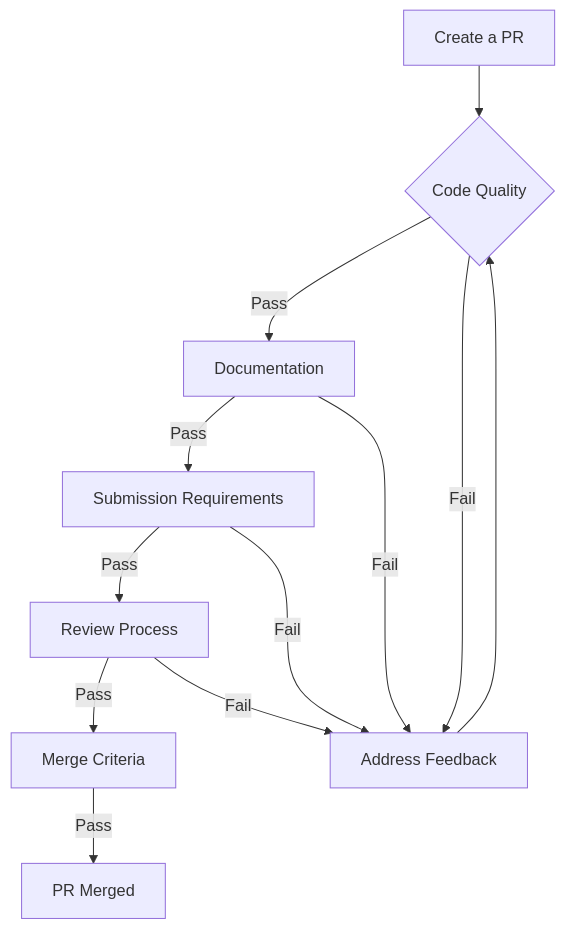
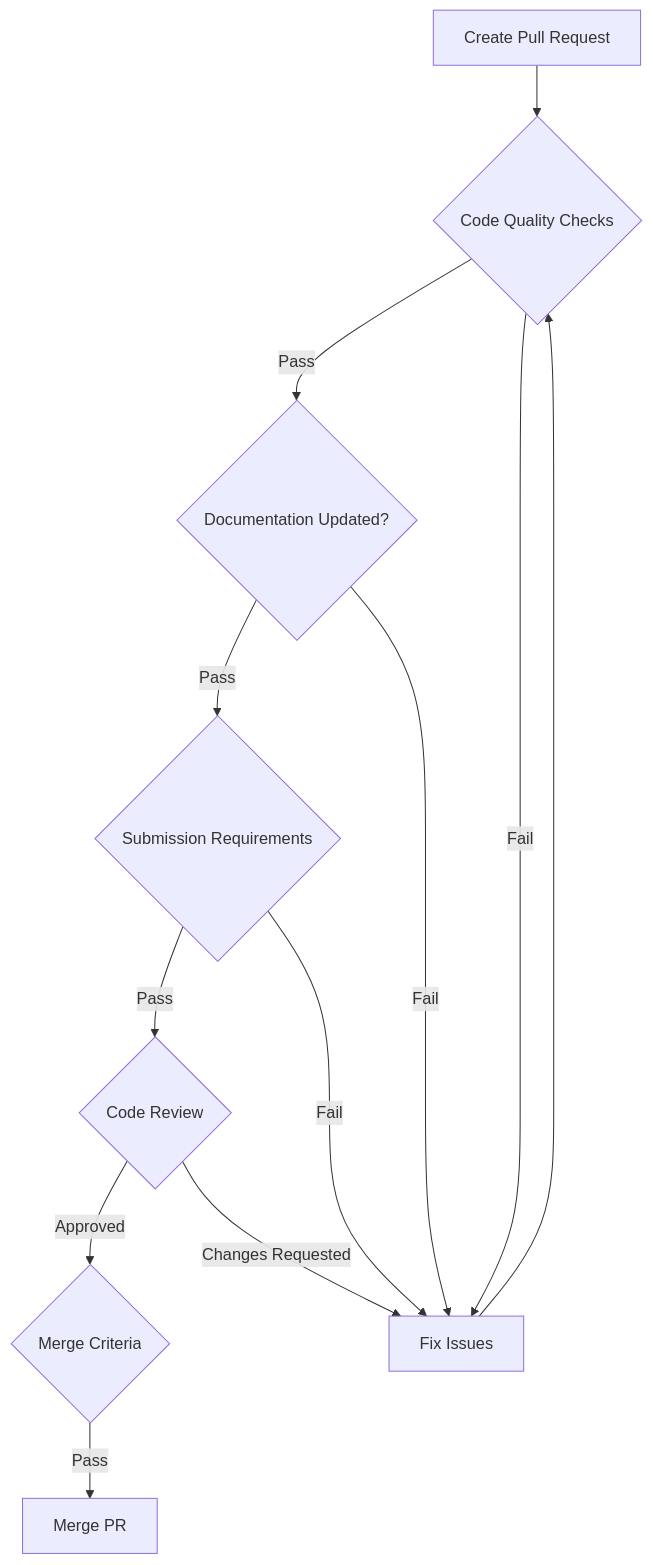
Before and after one commit to foxminchan/BookWorm: the second of 2 diagrams in .github/CONTRIBUTING.md, drawn with Mermaid. The commit also changed other lines of this file and 294 other files, not shown here.

````diff
--- a/.github/CONTRIBUTING.md
+++ b/.github/CONTRIBUTING.md
@@ -181,14 +321,15 @@
 ```mermaid
-graph TD
-		A[Create a PR] --> B{Code Quality}
-		B -->|Pass| C[Documentation]
-		C -->|Pass| D[Submission Requirements]
-		D -->|Pass| E[Review Process]
-		E -->|Pass| F[Merge Criteria]
-		F -->|Pass| G[PR Merged]
-		B -->|Fail| H[Address Feedback]
-		C -->|Fail| H
-		D -->|Fail| H
-		E -->|Fail| H
-		H --> B
+flowchart TD
+    A[Create Pull Request] --> B{Code Quality Checks}
+    B -->|Pass| C{Documentation Updated?}
+    C -->|Pass| D{Submission Requirements}
+    D -->|Pass| E{Code Review}
+    E -->|Approved| F{Merge Criteria}
+    F -->|Pass| G[Merge PR]
+
+    B -->|Fail| H[Fix Issues]
+    C -->|Fail| H
+    D -->|Fail| H
+    E -->|Changes Requested| H
+    H --> B
 ```
````
